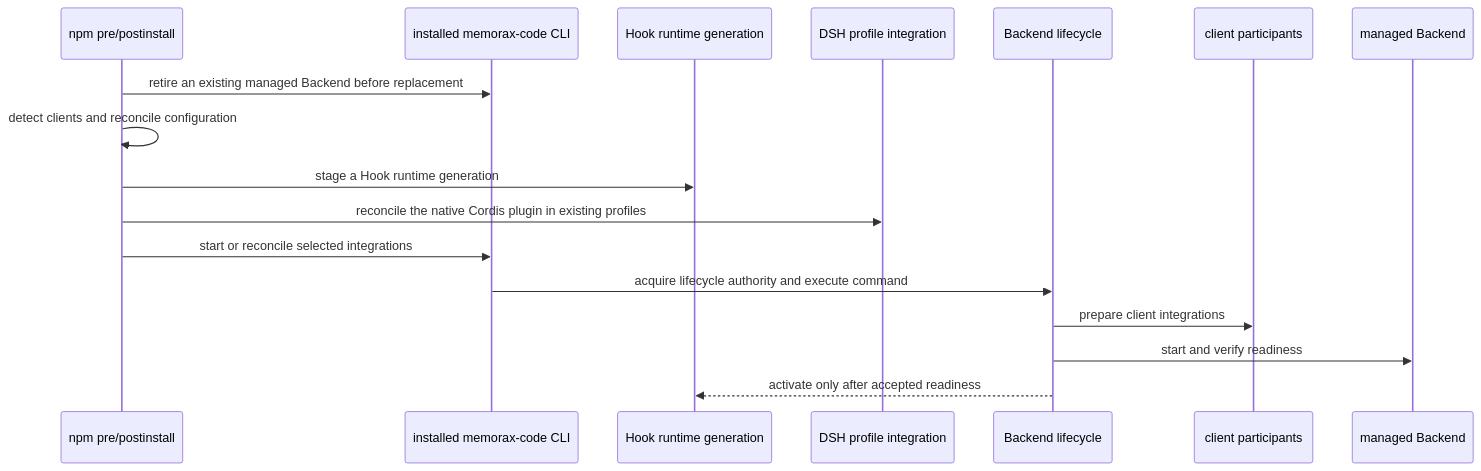
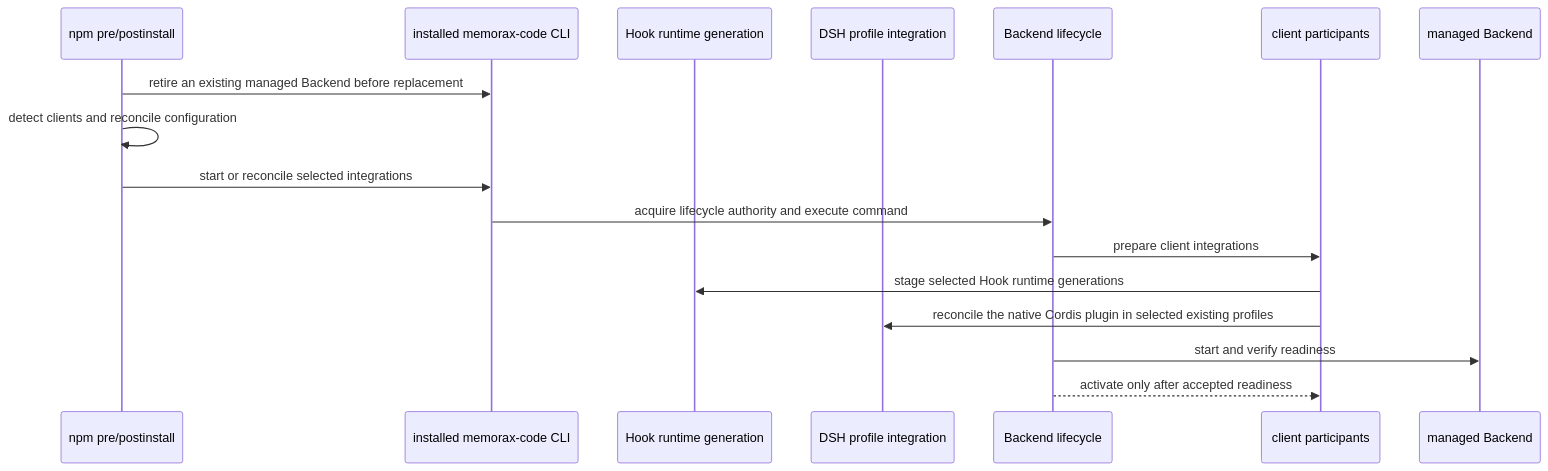
The second of 6 diagrams in ARCHITECTURE.md (memorax-ai/memorax-code), drawn with Mermaid before and after one commit. The commit also changed other lines of this file and 1 other file, not shown here.

Commit message:
docs:(architecture) document unified client lifecycle

````diff
--- a/ARCHITECTURE.md
+++ b/ARCHITECTURE.md
@@ -140,20 +140,20 @@
 ```mermaid
 sequenceDiagram
   participant NPM as npm pre/postinstall
   participant CLI as installed memorax-code CLI
   participant Generation as Hook runtime generation
   participant DSH as DSH profile integration
   participant Lifecycle as Backend lifecycle
   participant Participants as client participants
   participant Service as managed Backend
 
   NPM->>CLI: retire an existing managed Backend before replacement
   NPM->>NPM: detect clients and reconcile configuration
-  NPM->>Generation: stage a Hook runtime generation
-  NPM->>DSH: reconcile the native Cordis plugin in existing profiles
   NPM->>CLI: start or reconcile selected integrations
   CLI->>Lifecycle: acquire lifecycle authority and execute command
   Lifecycle->>Participants: prepare client integrations
+  Participants->>Generation: stage selected Hook runtime generations
+  Participants->>DSH: reconcile the native Cordis plugin in selected existing profiles
   Lifecycle->>Service: start and verify readiness
-  Lifecycle-->>Generation: activate only after accepted readiness
+  Lifecycle-->>Participants: activate only after accepted readiness
 ```
````
